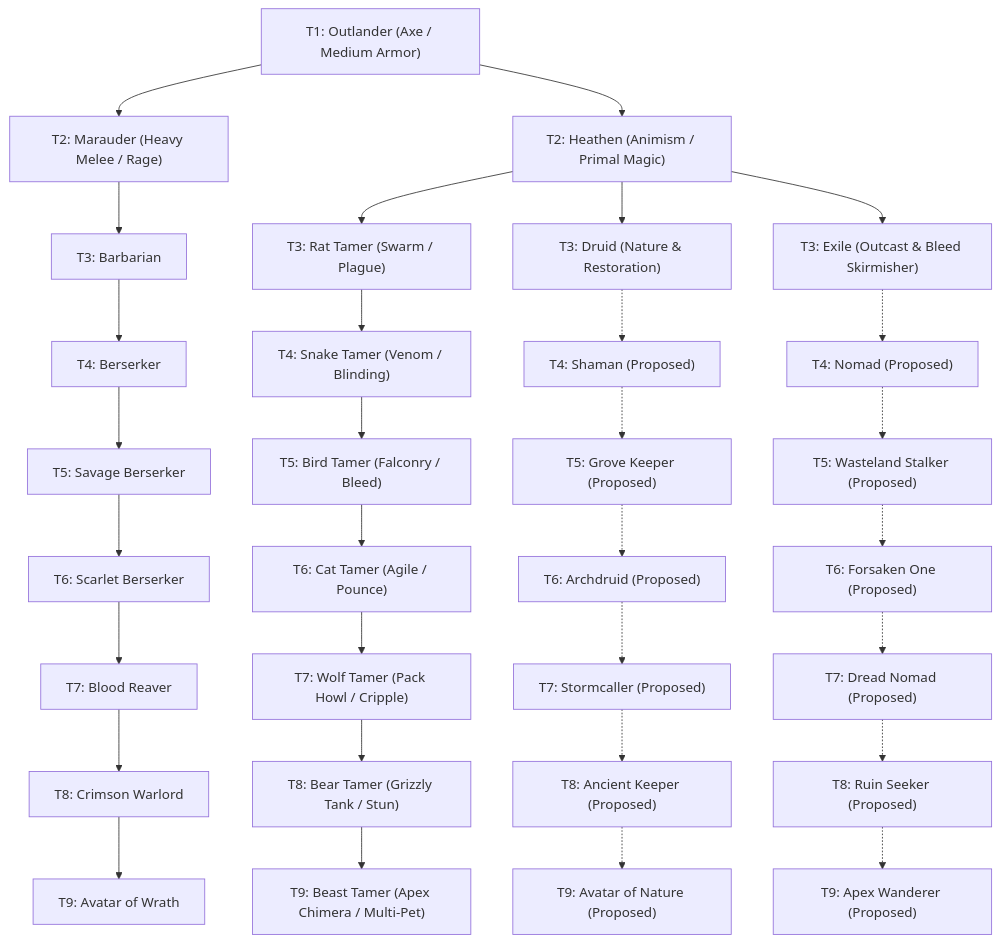
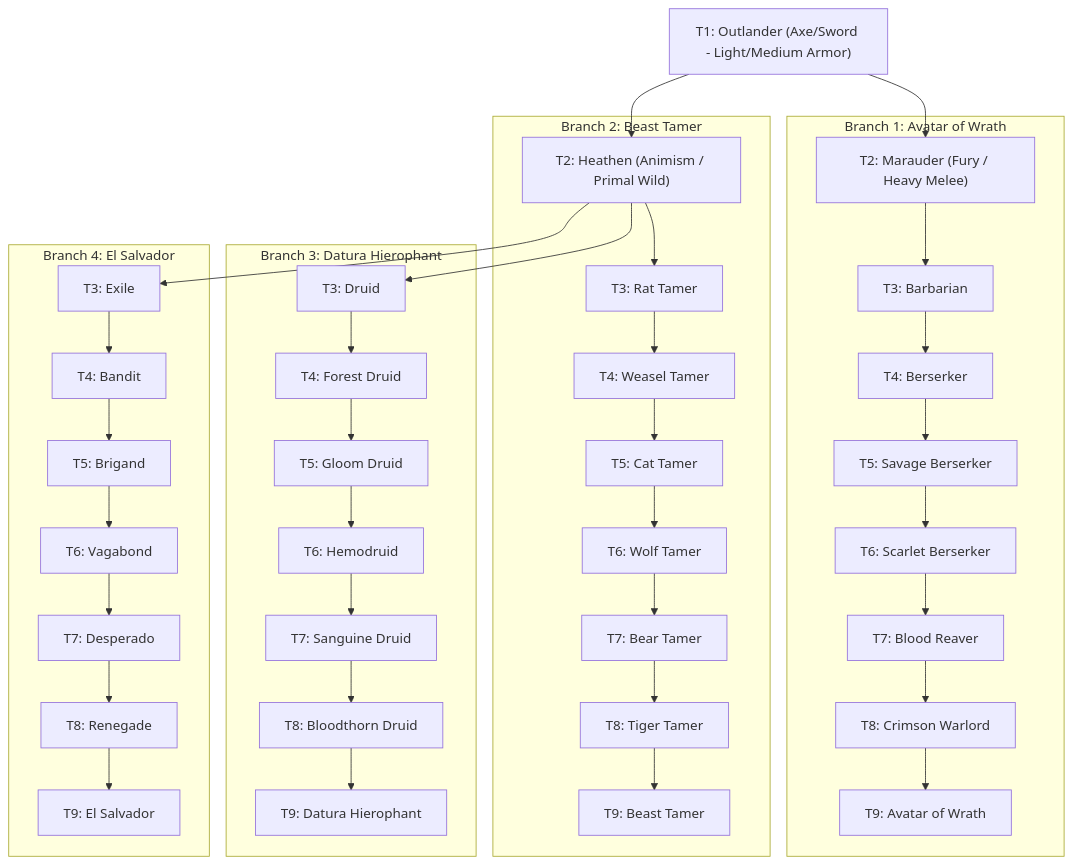
Before and after one commit to Lemoinie/IGM-Modded: the diagram in plans/planned/adventurers/outlander-class-tree.md, drawn with Mermaid. The commit also changed other lines of this file and 92 other files, not shown here.

````diff
--- a/plans/planned/adventurers/outlander-class-tree.md
+++ b/plans/planned/adventurers/outlander-class-tree.md
@@ -13,41 +17,52 @@
 ```mermaid
 graph TD
-    T1["T1: Outlander (Axe / Medium Armor)"] --> T2M["T2: Marauder (Heavy Melee / Rage)"]
-    T1 --> T2H["T2: Heathen (Animism / Primal Magic)"]
+    T1["T1: Outlander (Axe/Sword - Light/Medium Armor)"]
     
-    %% Marauder Branch
-    T2M --> T3B["T3: Barbarian"]
-    T3B --> T4B["T4: Berserker"]
-    T4B --> T5SB["T5: Savage Berserker"]
-    T5SB --> T6SB["T6: Scarlet Berserker"]
-    T6SB --> T7BR["T7: Blood Reaver"]
-    T7BR --> T8CW["T8: Crimson Warlord"]
-    T8CW --> T9AW["T9: Avatar of Wrath"]
+    %% Base branches into 2 Tier 2 roots
+    T1 --> T2M["T2: Marauder (Fury / Heavy Melee)"]
+    T1 --> T2H["T2: Heathen (Animism / Primal Wild)"]
     
-    %% Heathen Branch 1: Beast Tamers
-    T2H --> T3RT["T3: Rat Tamer (Swarm / Plague)"]
-    T3RT --> T4ST["T4: Snake Tamer (Venom / Blinding)"]
-    T4ST --> T5BT["T5: Bird Tamer (Falconry / Bleed)"]
-    T5BT --> T6CT["T6: Cat Tamer (Agile / Pounce)"]
-    T6CT --> T7WT["T7: Wolf Tamer (Pack Howl / Cripple)"]
-    T7WT --> T8BRT["T8: Bear Tamer (Grizzly Tank / Stun)"]
-    T8BRT --> T9ABT["T9: Beast Tamer (Apex Chimera / Multi-Pet)"]
+    %% Branch 1: Avatar of Wrath
+    subgraph "Branch 1: Avatar of Wrath"
+        T2M --> T3B["T3: Barbarian"]
+        T3B --> T4B["T4: Berserker"]
+        T4B --> T5SB["T5: Savage Berserker"]
+        T5SB --> T6SB["T6: Scarlet Berserker"]
+        T6SB --> T7BR["T7: Blood Reaver"]
+        T7BR --> T8CW["T8: Crimson Warlord"]
+        T8CW --> T9AW["T9: Avatar of Wrath"]
+    end
     
-    %% Heathen Branch 2: Druid Line
-    T2H --> T3D["T3: Druid (Nature & Restoration)"]
-    T3D -.-> T4D["T4: Shaman (Proposed)"]
-    T4D -.-> T5D["T5: Grove Keeper (Proposed)"]
-    T5D -.-> T6D["T6: Archdruid (Proposed)"]
-    T6D -.-> T7D["T7: Stormcaller (Proposed)"]
-    T8D["T8: Ancient Keeper (Proposed)"] -.-> T9D["T9: Avatar of Nature (Proposed)"]
-    T7D -.-> T8D
+    %% Branch 2: Beast Tamer & Summons
+    subgraph "Branch 2: Beast Tamer"
+        T2H --> T3RT["T3: Rat Tamer"]
+        T3RT --> T4WT["T4: Weasel Tamer"]
+        T4WT --> T5CT["T5: Cat Tamer"]
+        T5CT --> T6WFT["T6: Wolf Tamer"]
+        T6WFT --> T7BRT["T7: Bear Tamer"]
+        T7BRT --> T8TT["T8: Tiger Tamer"]
+        T8TT --> T9BT["T9: Beast Tamer"]
+    end
     
-    %% Heathen Branch 3: Exile Line
-    T2H --> T3E["T3: Exile (Outcast & Bleed Skirmisher)"]
-    T3E -.-> T4E["T4: Nomad (Proposed)"]
-    T4E -.-> T5E["T5: Wasteland Stalker (Proposed)"]
-    T5E -.-> T6E["T6: Forsaken One (Proposed)"]
-    T6E -.-> T7E["T7: Dread Nomad (Proposed)"]
-    T7E -.-> T8E["T8: Ruin Seeker (Proposed)"]
-    T8E -.-> T9E["T9: Apex Wanderer (Proposed)"]
+    %% Branch 3: Datura Hierophant
+    subgraph "Branch 3: Datura Hierophant"
+        T2H --> T3D["T3: Druid"]
+        T3D --> T4FD["T4: Forest Druid"]
+        T4FD --> T5GD["T5: Gloom Druid"]
+        T5GD --> T6HD["T6: Hemodruid"]
+        T6HD --> T7SD["T7: Sanguine Druid"]
+        T7SD --> T8BD["T8: Bloodthorn Druid"]
+        T8BD --> T9DH["T9: Datura Hierophant"]
+    end
+    
+    %% Branch 4: El Salvador
+    subgraph "Branch 4: El Salvador"
+        T2H --> T3E["T3: Exile"]
+        T3E --> T4BN["T4: Bandit"]
+        T4BN --> T5BG["T5: Brigand"]
+        T5BG --> T6VG["T6: Vagabond"]
+        T6VG --> T7DP["T7: Desperado"]
+        T7DP --> T8RN["T8: Renegade"]
+        T8RN --> T9ES["T9: El Salvador"]
+    end
 ```
````
